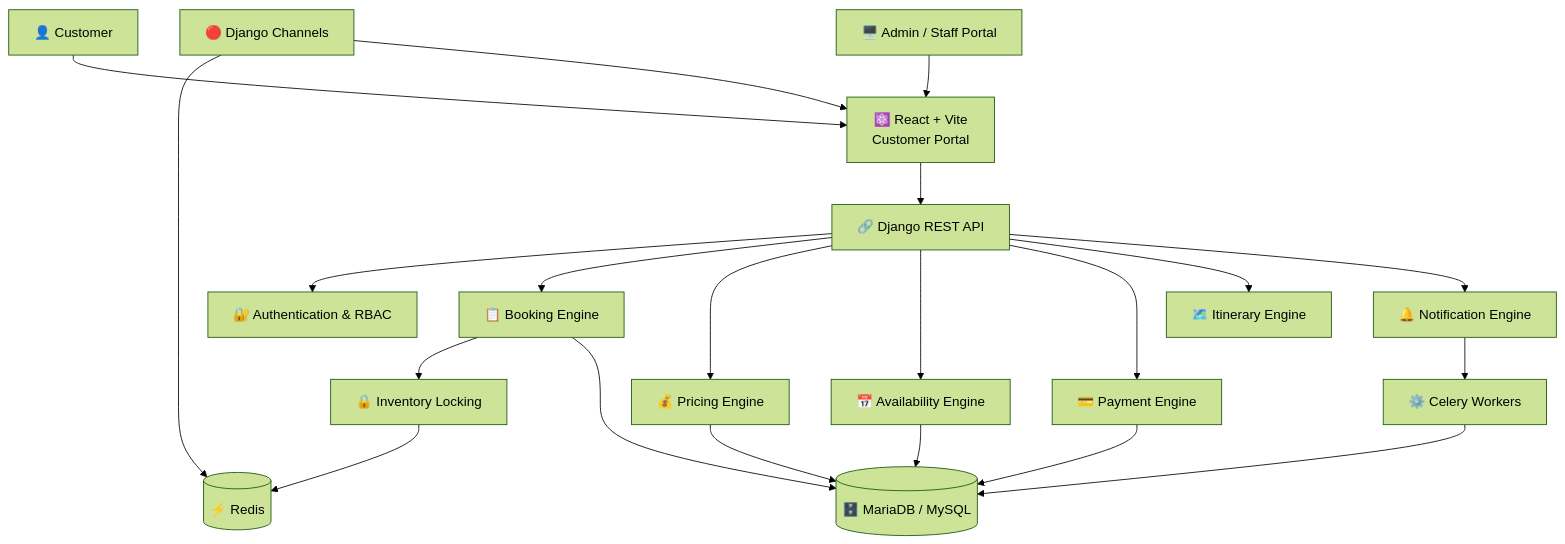
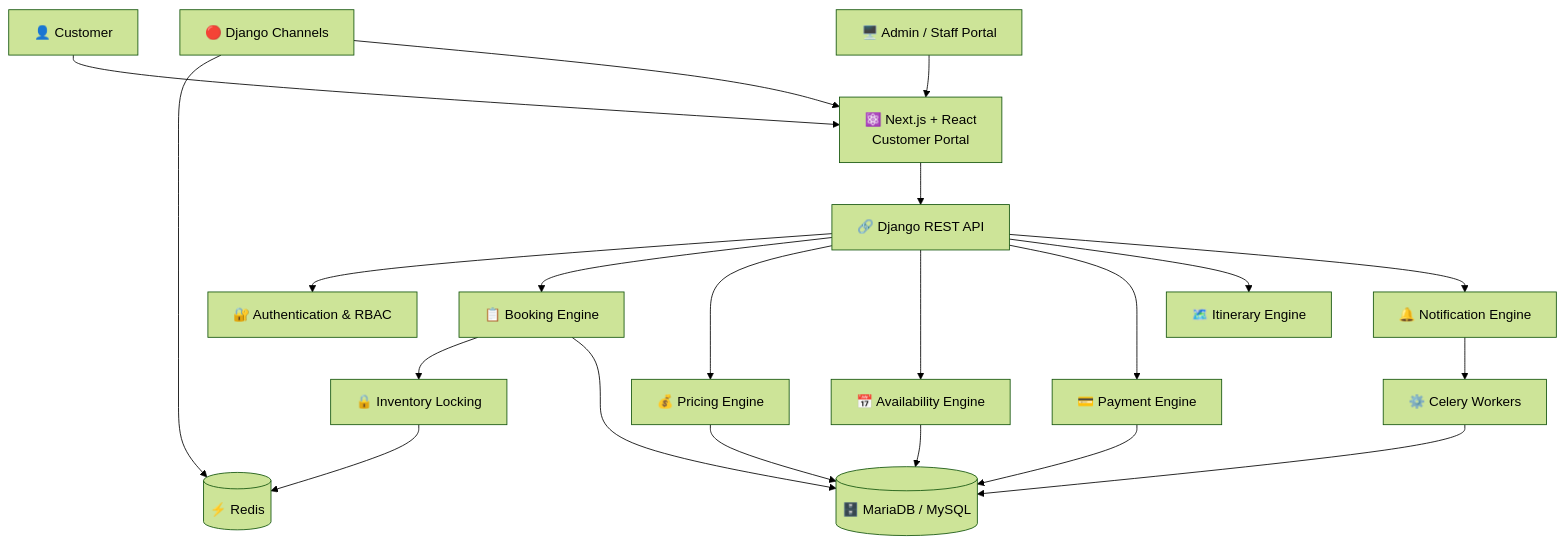
One commit to TROJAN-XX/hotel-erp changed the second of 19 diagrams in OVERVIEW.md. Above: the diagram before and after it, drawn with Mermaid (forest theme). The commit also changed other lines of this file and 16 other files, not shown here.

````diff
--- a/OVERVIEW.md
+++ b/OVERVIEW.md
@@ -189,65 +188,65 @@
 ```mermaid
 flowchart TB
 
     Customer["👤 Customer"]
 
-    Frontend["⚛️ React + Vite\nCustomer Portal"]
+    Frontend["⚛️ Next.js + React\nCustomer Portal"]
 
     Admin["🖥️ Admin / Staff Portal"]
 
     API["🔗 Django REST API"]
 
     Auth["🔐 Authentication & RBAC"]
 
     Booking["📋 Booking Engine"]
 
     Pricing["💰 Pricing Engine"]
 
     Availability["📅 Availability Engine"]
 
     Inventory["🔒 Inventory Locking"]
 
     Payment["💳 Payment Engine"]
 
     Itinerary["🗺️ Itinerary Engine"]
 
     Notification["🔔 Notification Engine"]
 
     DB[("🗄️ MariaDB / MySQL")]
 
     Redis[("⚡ Redis")]
 
     Celery["⚙️ Celery Workers"]
 
     Channels["🔴 Django Channels"]
 
     Customer --> Frontend
     Admin --> Frontend
 
     Frontend --> API
 
     API --> Auth
     API --> Booking
     API --> Pricing
     API --> Availability
     API --> Payment
     API --> Itinerary
     API --> Notification
 
     Booking --> Inventory
     Booking --> DB
 
     Pricing --> DB
     Availability --> DB
 
     Inventory --> Redis
 
     Payment --> DB
 
     Notification --> Celery
 
     Channels --> Redis
     Channels --> Frontend
 
     Celery --> DB
 ```
````
